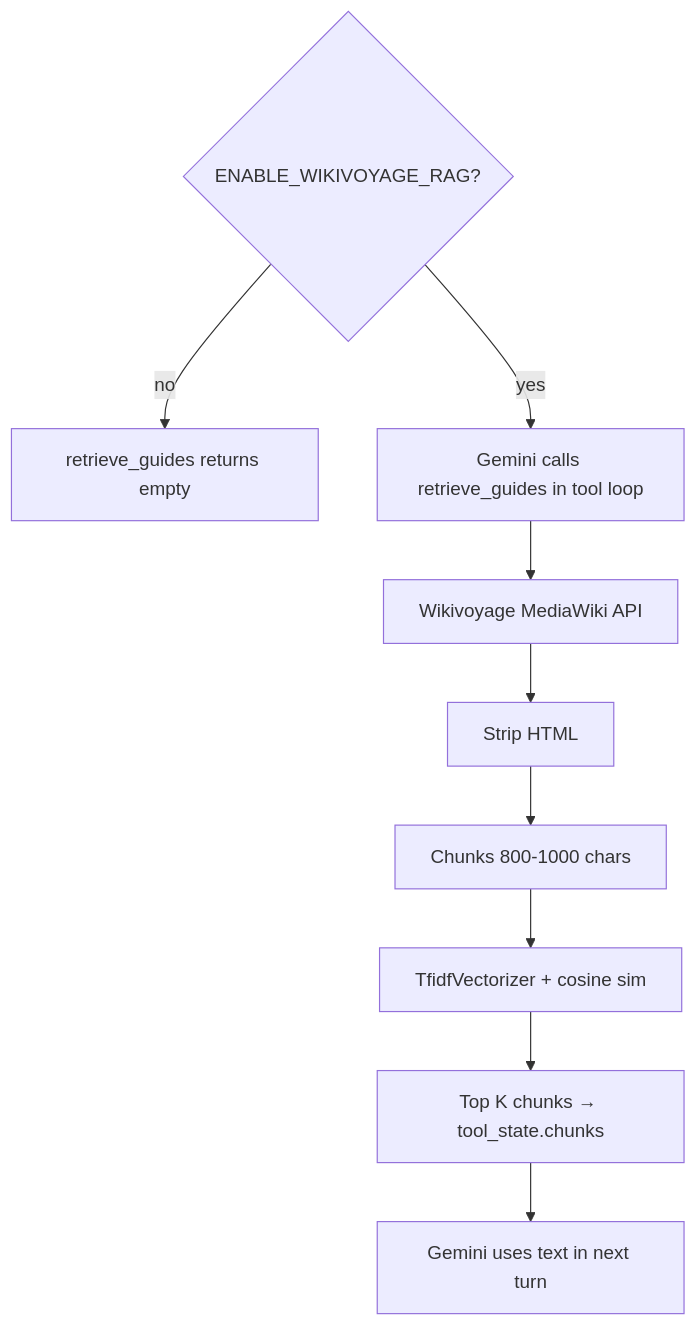
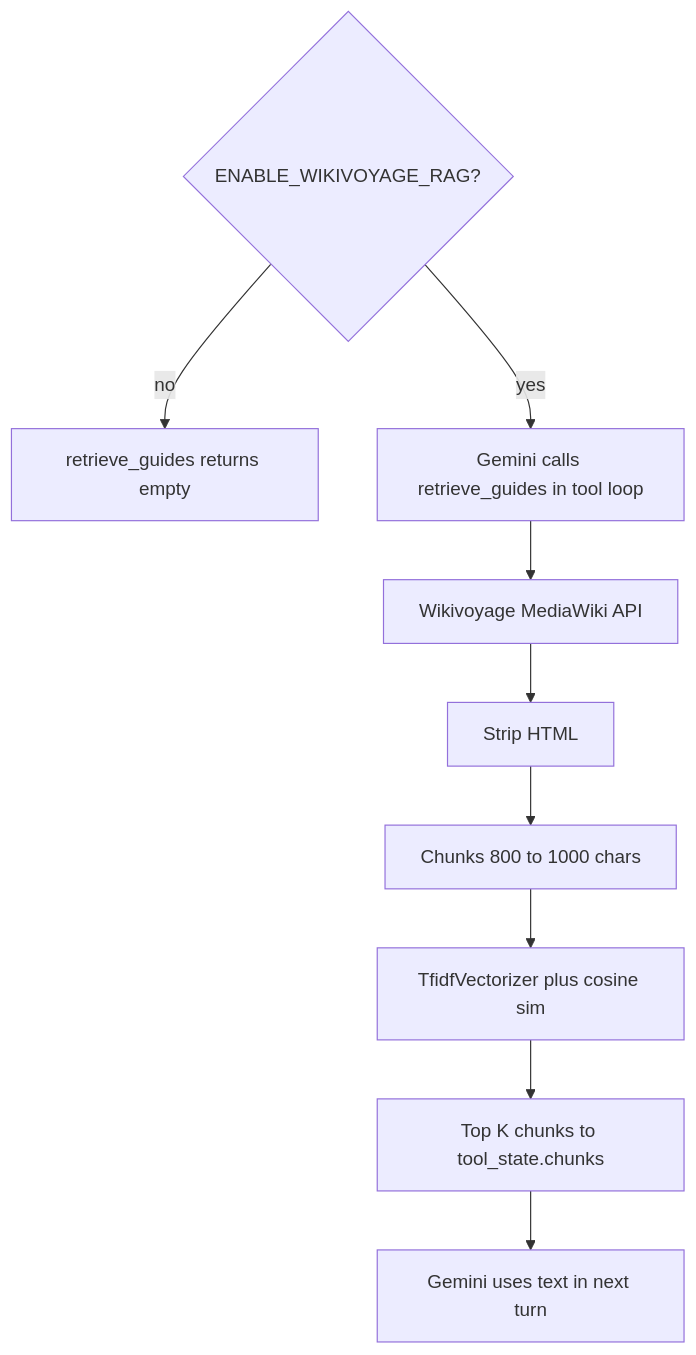
Before and after one commit to guptaastha1427/Trip-Planner: diagram 17 of 19 in info.md, drawn with Mermaid. The commit also changed other lines of this file and 4 other files, not shown here.

````diff
--- a/info.md
+++ b/info.md
@@ -535,11 +536,11 @@
 ```mermaid
 flowchart TD
   En{ENABLE_WIKIVOYAGE_RAG?} -->|no| Skip[retrieve_guides returns empty]
   En -->|yes| GM[Gemini calls retrieve_guides in tool loop]
   GM --> API[Wikivoyage MediaWiki API]
   API --> HTML[Strip HTML]
-  HTML --> CH[Chunks 800-1000 chars]
-  CH --> TF[TfidfVectorizer + cosine sim]
-  TF --> Top[Top K chunks → tool_state.chunks]
+  HTML --> CH[Chunks 800 to 1000 chars]
+  CH --> TF[TfidfVectorizer plus cosine sim]
+  TF --> Top[Top K chunks to tool_state.chunks]
   Top --> GM2[Gemini uses text in next turn]
 ```
````
